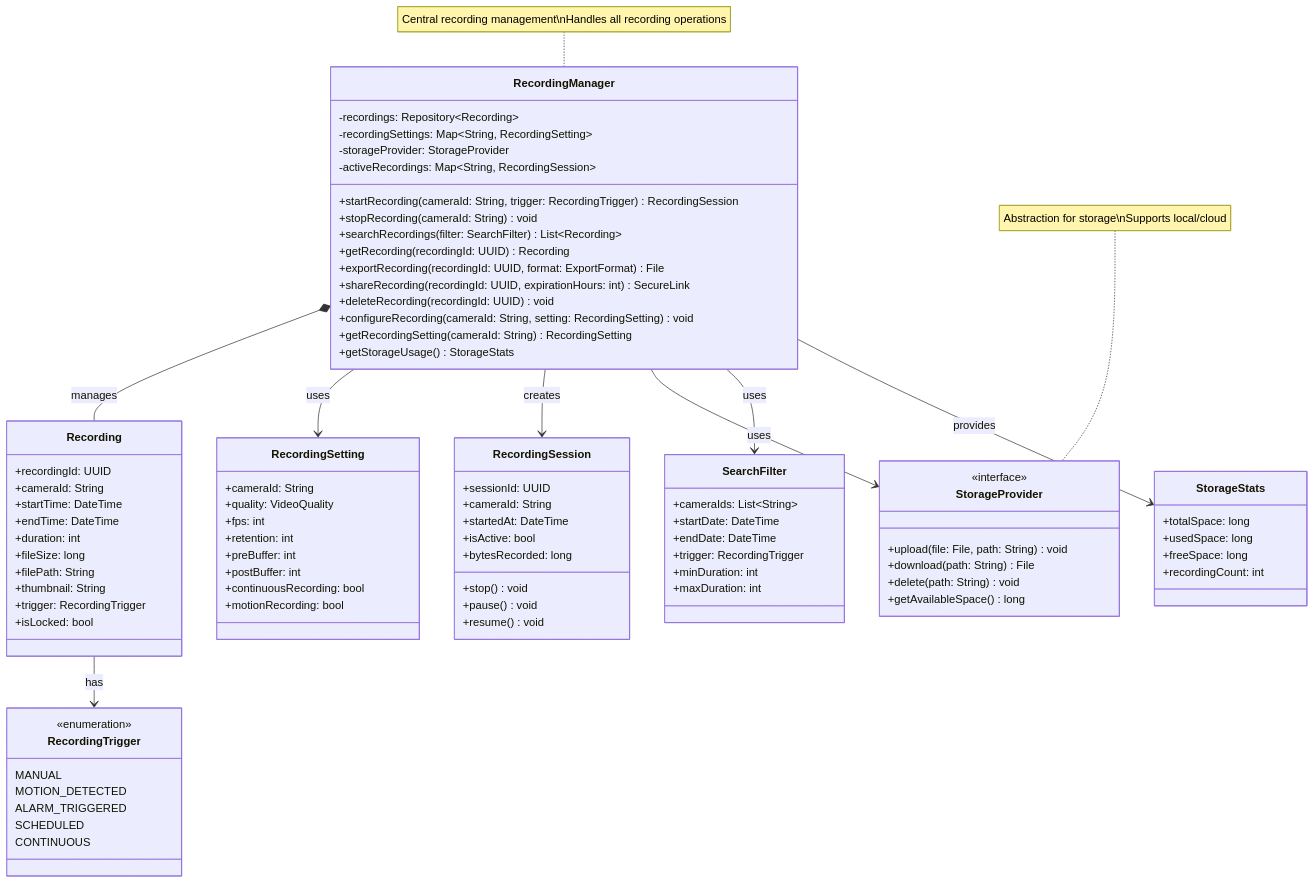
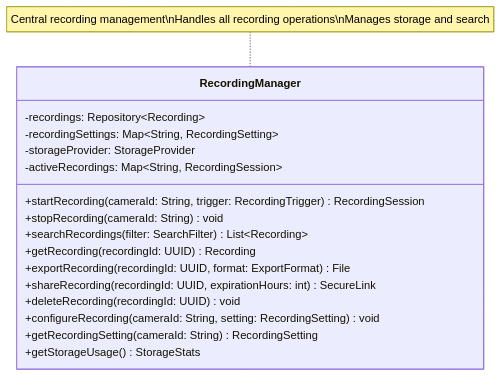
Before and after one commit to mj010101/swe_25f: the fifth of 18 diagrams in diagrams/business_class_diagram.md, drawn with Mermaid. The commit also changed other lines of this file, not shown here.

Commit message:
fix: business class diagram

````diff
--- a/diagrams/business_class_diagram.md
+++ b/diagrams/business_class_diagram.md
@@ -336,82 +223,5 @@
         +getStorageUsage() StorageStats
     }
 
-    class Recording {
-        +recordingId: UUID
-        +cameraId: String
-        +startTime: DateTime
-        +endTime: DateTime
-        +duration: int
-        +fileSize: long
-        +filePath: String
-        +thumbnail: String
-        +trigger: RecordingTrigger
-        +isLocked: bool
-    }
-
-    class RecordingSetting {
-        +cameraId: String
-        +quality: VideoQuality
-        +fps: int
-        +retention: int
-        +preBuffer: int
-        +postBuffer: int
-        +continuousRecording: bool
-        +motionRecording: bool
-    }
-
-    class RecordingSession {
-        +sessionId: UUID
-        +cameraId: String
-        +startedAt: DateTime
-        +isActive: bool
-        +bytesRecorded: long
-        +stop() void
-        +pause() void
-        +resume() void
-    }
-
-    class StorageProvider {
-        <<interface>>
-        +upload(file: File, path: String) void
-        +download(path: String) File
-        +delete(path: String) void
-        +getAvailableSpace() long
-    }
-
-    class RecordingTrigger {
-        <<enumeration>>
-        MANUAL
-        MOTION_DETECTED
-        ALARM_TRIGGERED
-        SCHEDULED
-        CONTINUOUS
-    }
-
-    class SearchFilter {
-        +cameraIds: List~String~
-        +startDate: DateTime
-        +endDate: DateTime
-        +trigger: RecordingTrigger
-        +minDuration: int
-        +maxDuration: int
-    }
-
-    class StorageStats {
-        +totalSpace: long
-        +usedSpace: long
-        +freeSpace: long
-        +recordingCount: int
-    }
-
-    RecordingManager *-- Recording : manages
-    RecordingManager --> RecordingSetting : uses
-    RecordingManager --> RecordingSession : creates
-    RecordingManager --> StorageProvider : uses
-    RecordingManager --> SearchFilter : uses
-    Recording --> RecordingTrigger : has
-    RecordingManager --> StorageStats : provides
-
-    note for RecordingManager "Central recording management\nHandles all recording operations"
-    note for StorageProvider "Abstraction for storage\nSupports local/cloud"
+    note for RecordingManager "Central recording management\nHandles all recording operations\nManages storage and search"
 ```
````
